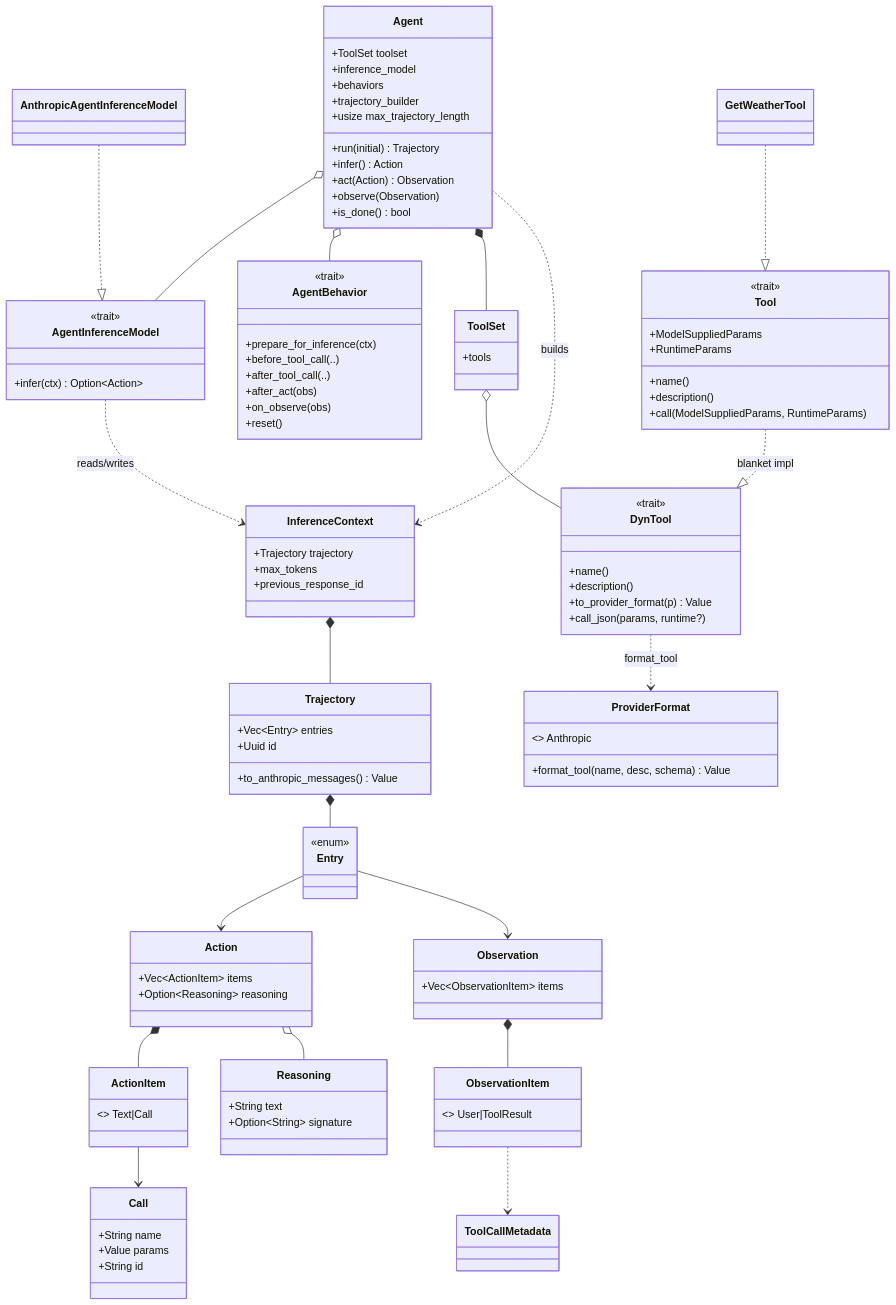
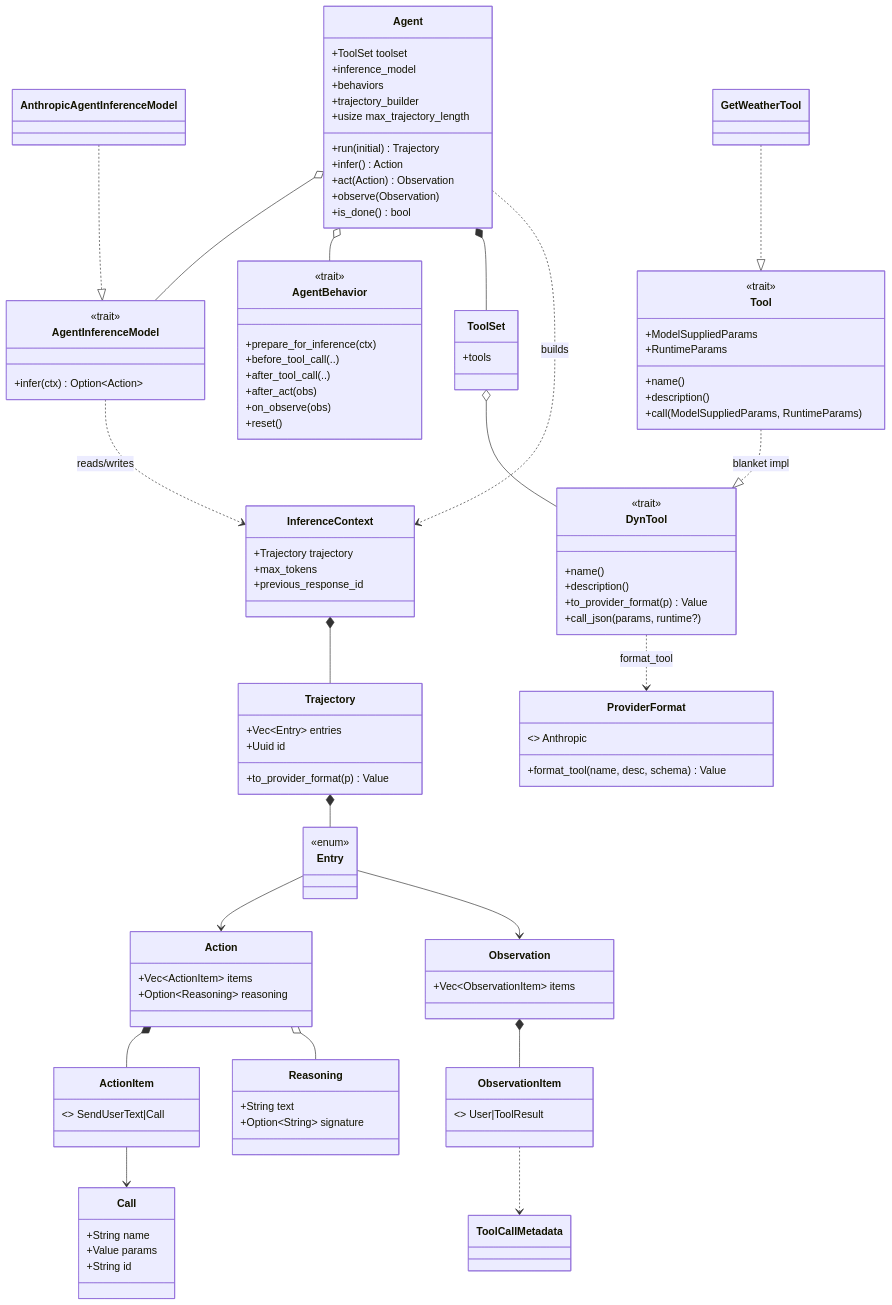
Before and after one commit to chroma-core/chroma: the first of 3 diagrams in plans/rust_agent_port_1bfabf45.plan.md, drawn with Mermaid. The commit also changed other lines of this file and 5 other files, not shown here.

```diff
--- a/plans/rust_agent_port_1bfabf45.plan.md
+++ b/plans/rust_agent_port_1bfabf45.plan.md
@@ -198,7 +198,7 @@
     class Trajectory {
         +Vec~Entry~ entries
         +Uuid id
-        +to_anthropic_messages() Value
+        +to_provider_format(p) Value
     }
     class Entry { <<enum>> }
     class Action {
@@ -209,7 +209,7 @@
         +String text
         +Option~String~ signature
     }
-    class ActionItem { <<enum>> Text|Call }
+    class ActionItem { <<enum>> SendUserText|Call }
     class Call {
         +String name
         +Value params
```
